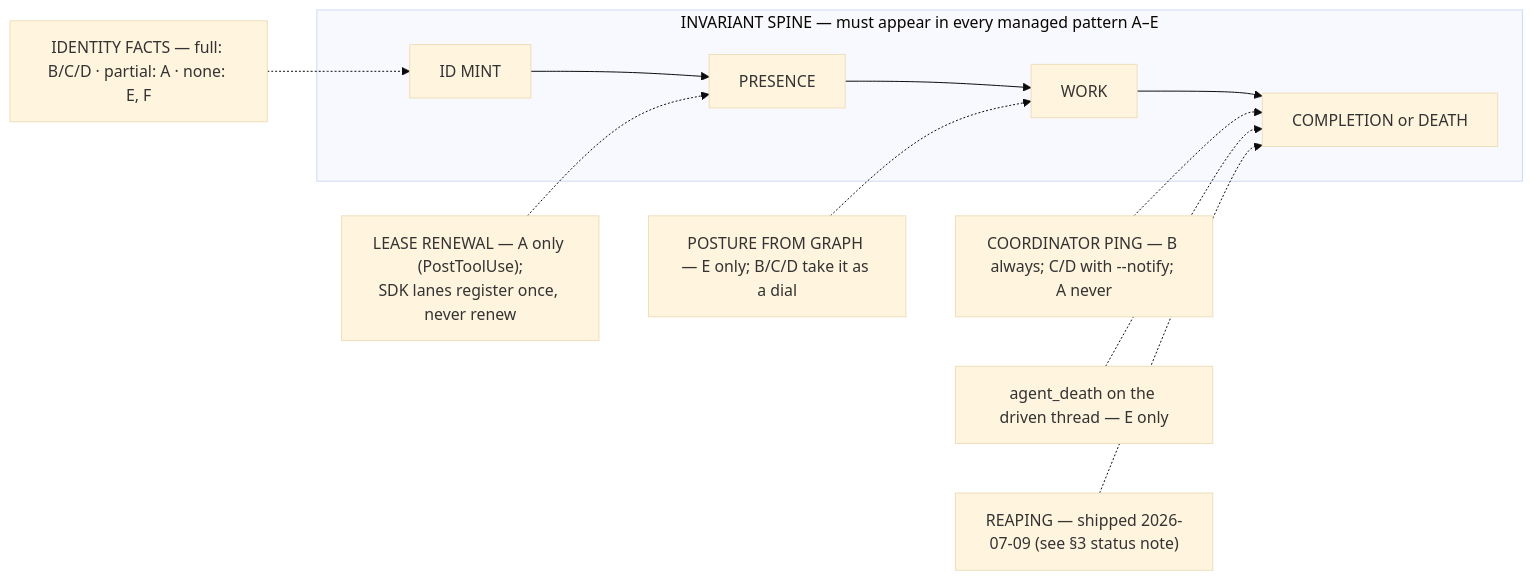
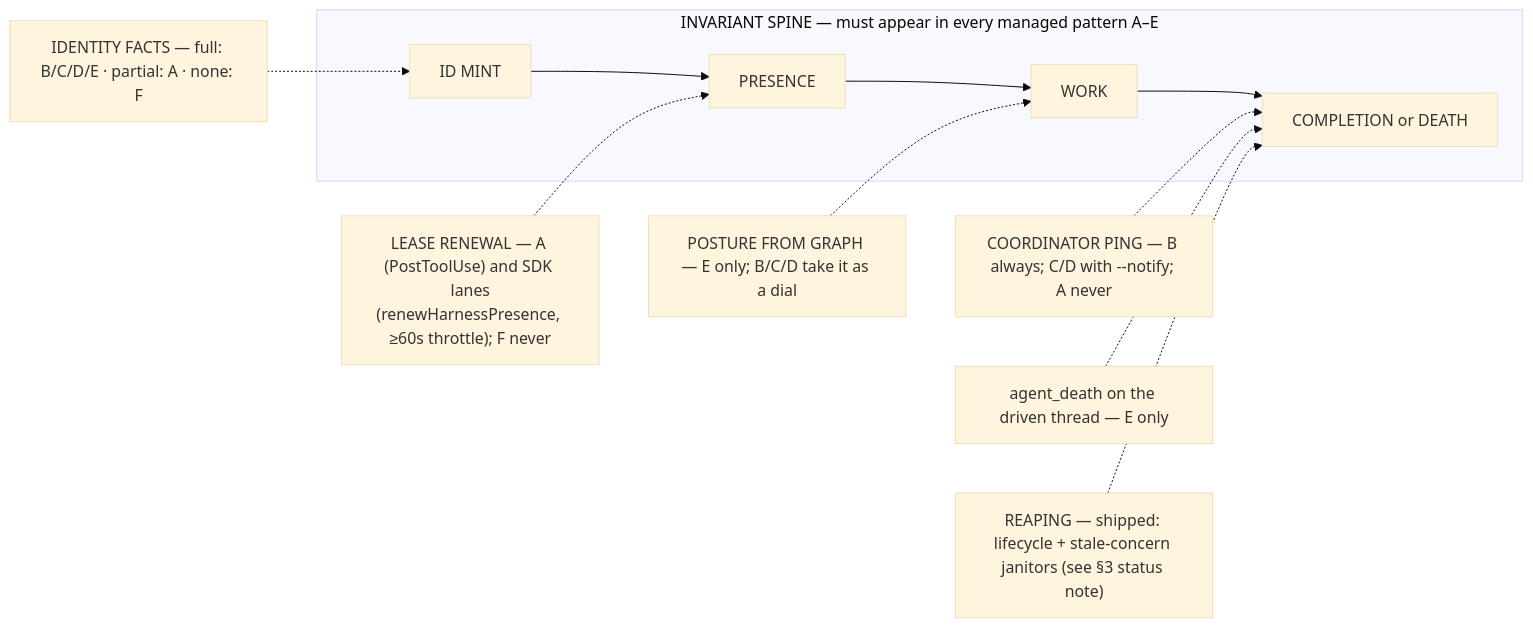
One commit to tompassarelli/north changed the ninth of 10 diagrams in docs/workflow-map.md. Above: the diagram before and after it, drawn with Mermaid (base theme). The commit also changed other lines of this file and 7 other files, not shown here.

````diff
--- a/docs/workflow-map.md
+++ b/docs/workflow-map.md
@@ -389,12 +399,12 @@
 ```mermaid
 flowchart LR
     subgraph spine ["INVARIANT SPINE — must appear in every managed pattern A–E"]
         M[ID MINT] --> P[PRESENCE] --> W[WORK] --> C[COMPLETION or DEATH]
     end
-    IDF["IDENTITY FACTS — full: B/C/D · partial: A · none: E, F"] -.-> M
-    REN["LEASE RENEWAL — A only (PostToolUse);<br/>SDK lanes register once, never renew"] -.-> P
+    IDF["IDENTITY FACTS — full: B/C/D/E · partial: A · none: F"] -.-> M
+    REN["LEASE RENEWAL — A (PostToolUse) and SDK lanes<br/>(renewHarnessPresence, ≥60s throttle); F never"] -.-> P
     PO["POSTURE FROM GRAPH — E only; B/C/D take it as a dial"] -.-> W
     PING["COORDINATOR PING — B always; C/D with --notify; A never"] -.-> C
     DT["agent_death on the driven thread — E only"] -.-> C
-    R["REAPING — shipped 2026-07-09 (see §3 status note)"] -.-> C
+    R["REAPING — shipped: lifecycle + stale-concern janitors (see §3 status note)"] -.-> C
 ```
````
